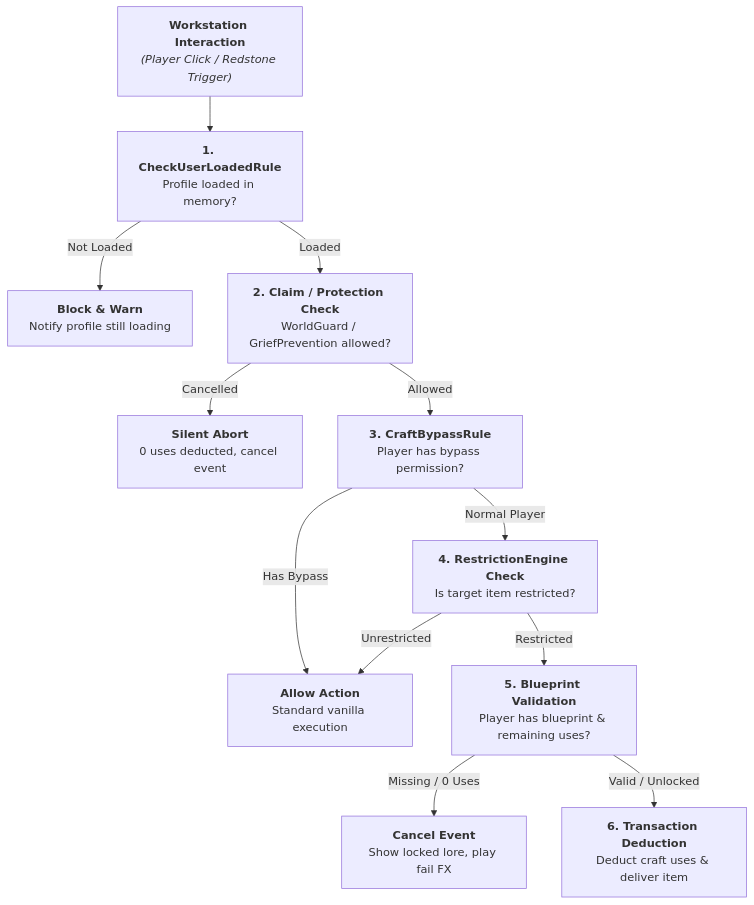
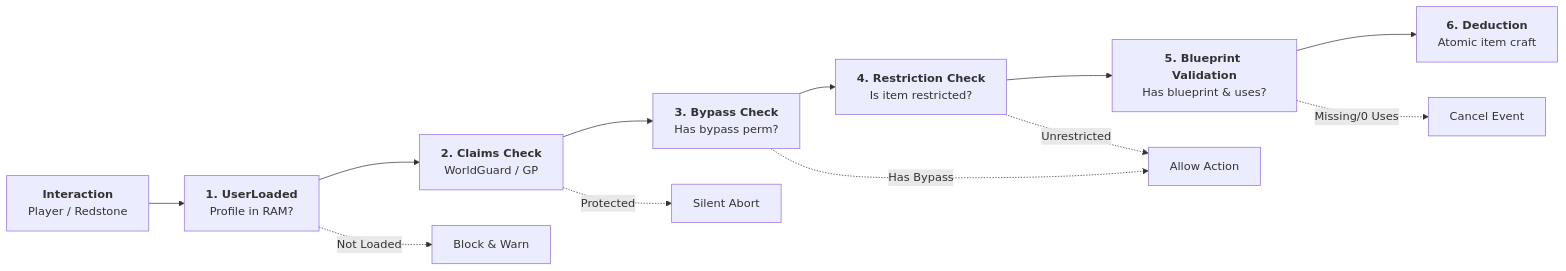
One commit to XZtotal/CraftingBlueprints-Wiki changed the diagram in docs/mechanics/workstations-matrix.md. Above: the diagram before and after it, drawn with Mermaid. The commit also changed 21 other files, not shown here.

Commit message:
style(docs): widen all remaining vertical diagrams to horizontal pipelines and guarantee shadow-DOM centering

````diff
--- a/docs/mechanics/workstations-matrix.md
+++ b/docs/mechanics/workstations-matrix.md
@@ -27,27 +27,15 @@
 ```mermaid
-flowchart TD
-    Start["<b>Workstation Interaction</b><br/><i>(Player Click / Redstone Trigger)</i>"]
-    R1["<b>1. CheckUserLoadedRule</b><br/>Profile loaded in memory?"]
-    R2["<b>2. Claim / Protection Check</b><br/>WorldGuard / GriefPrevention allowed?"]
-    R3["<b>3. CraftBypassRule</b><br/>Player has bypass permission?"]
-    R4["<b>4. RestrictionEngine Check</b><br/>Is target item restricted?"]
-    R5["<b>5. Blueprint Validation</b><br/>Player has blueprint &amp; remaining uses?"]
-    R6["<b>6. Transaction Deduction</b><br/>Deduct craft uses &amp; deliver item"]
+flowchart LR
+    Start["<b>Interaction</b><br/>Player / Redstone"] --> R1["<b>1. UserLoaded</b><br/>Profile in RAM?"]
+    R1 --> R2["<b>2. Claims Check</b><br/>WorldGuard / GP"]
+    R2 --> R3["<b>3. Bypass Check</b><br/>Has bypass perm?"]
+    R3 --> R4["<b>4. Restriction Check</b><br/>Is item restricted?"]
+    R4 --> R5["<b>5. Blueprint Validation</b><br/>Has blueprint &amp; uses?"]
+    R5 --> R6["<b>6. Deduction</b><br/>Atomic item craft"]
 
-    Warn["<b>Block &amp; Warn</b><br/>Notify profile still loading"]
-    Abort["<b>Silent Abort</b><br/>0 uses deducted, cancel event"]
-    Allow["<b>Allow Action</b><br/>Standard vanilla execution"]
-    Deny["<b>Cancel Event</b><br/>Show locked lore, play fail FX"]
-
-    Start --> R1
-    R1 -->|Not Loaded| Warn
-    R1 -->|Loaded| R2
-    R2 -->|Cancelled| Abort
-    R2 -->|Allowed| R3
-    R3 -->|Has Bypass| Allow
-    R3 -->|Normal Player| R4
-    R4 -->|Unrestricted| Allow
-    R4 -->|Restricted| R5
-    R5 -->|Missing / 0 Uses| Deny
-    R5 -->|Valid / Unlocked| R6
+    R1 -.->|Not Loaded| Warn["Block &amp; Warn"]
+    R2 -.->|Protected| Abort["Silent Abort"]
+    R3 -.->|Has Bypass| Pass["Allow Action"]
+    R4 -.->|Unrestricted| Pass
+    R5 -.->|Missing/0 Uses| Deny["Cancel Event"]
 ```
````
